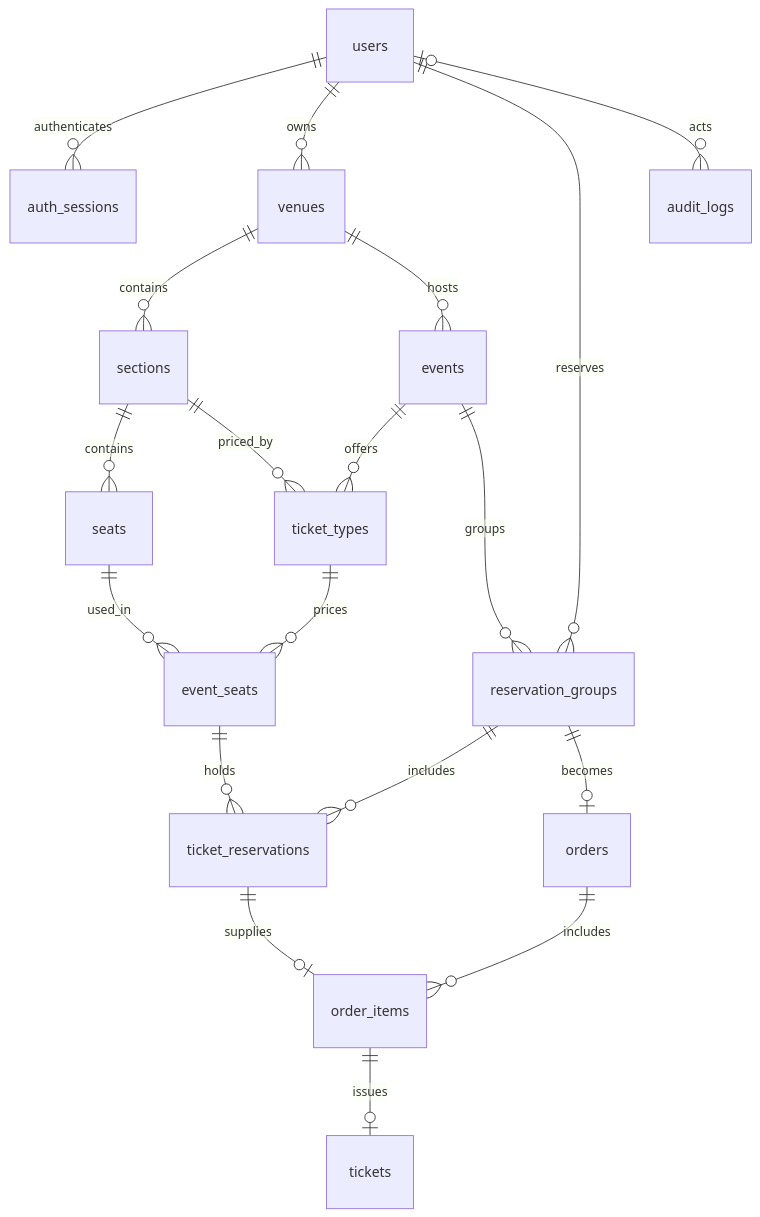
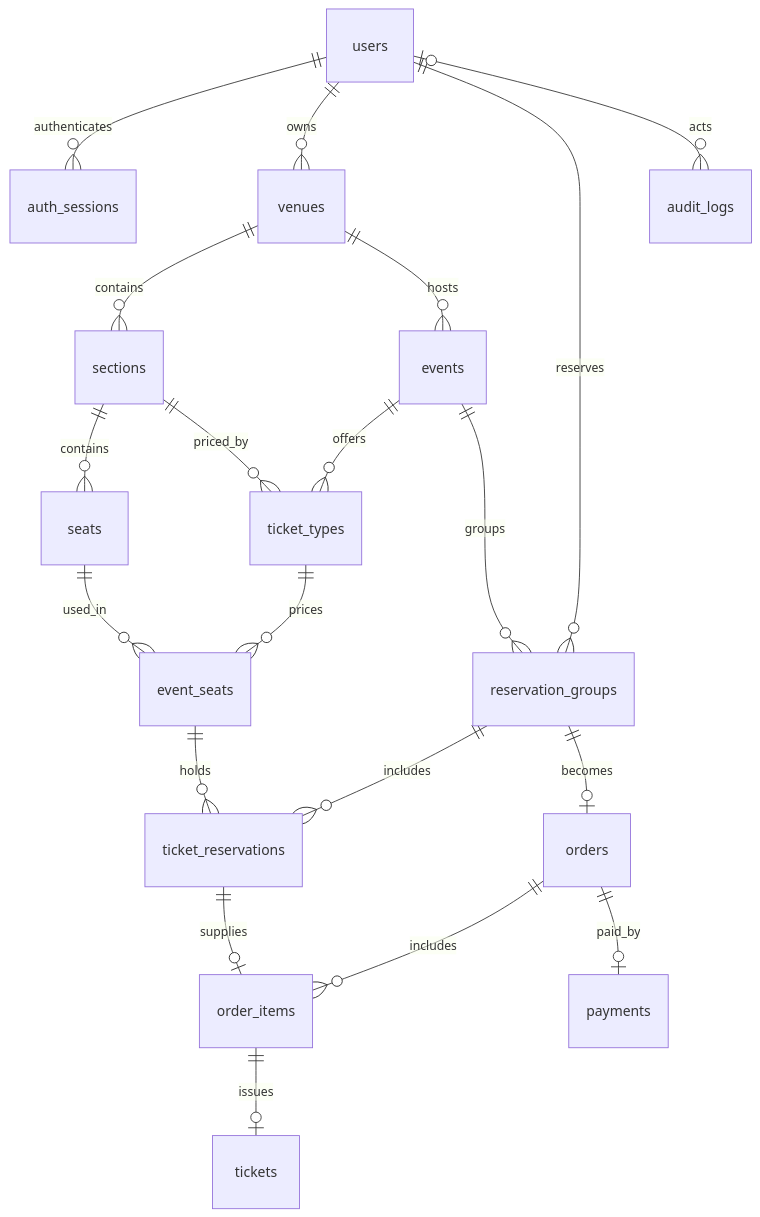
One commit to Nurassyl28/ticketflow changed the diagram in docs/database.md. Above: the diagram before and after it, drawn with Mermaid. The commit also changed other lines of this file and 12 other files, not shown here.

Commit message:
feat: add orders and idempotent mock payments (#12)

````diff
--- a/docs/database.md
+++ b/docs/database.md
@@ -25,21 +26,22 @@
 ```mermaid
 erDiagram
     users ||--o{ auth_sessions : authenticates
     users ||--o{ venues : owns
     venues ||--o{ sections : contains
     sections ||--o{ seats : contains
     venues ||--o{ events : hosts
     events ||--o{ ticket_types : offers
     sections ||--o{ ticket_types : priced_by
     seats ||--o{ event_seats : used_in
     ticket_types ||--o{ event_seats : prices
     users ||--o{ reservation_groups : reserves
     events ||--o{ reservation_groups : groups
     reservation_groups ||--o{ ticket_reservations : includes
     event_seats ||--o{ ticket_reservations : holds
     reservation_groups ||--o| orders : becomes
     orders ||--o{ order_items : includes
+    orders ||--o| payments : paid_by
     ticket_reservations ||--o| order_items : supplies
     order_items ||--o| tickets : issues
     users o|--o{ audit_logs : acts
 ```
````
